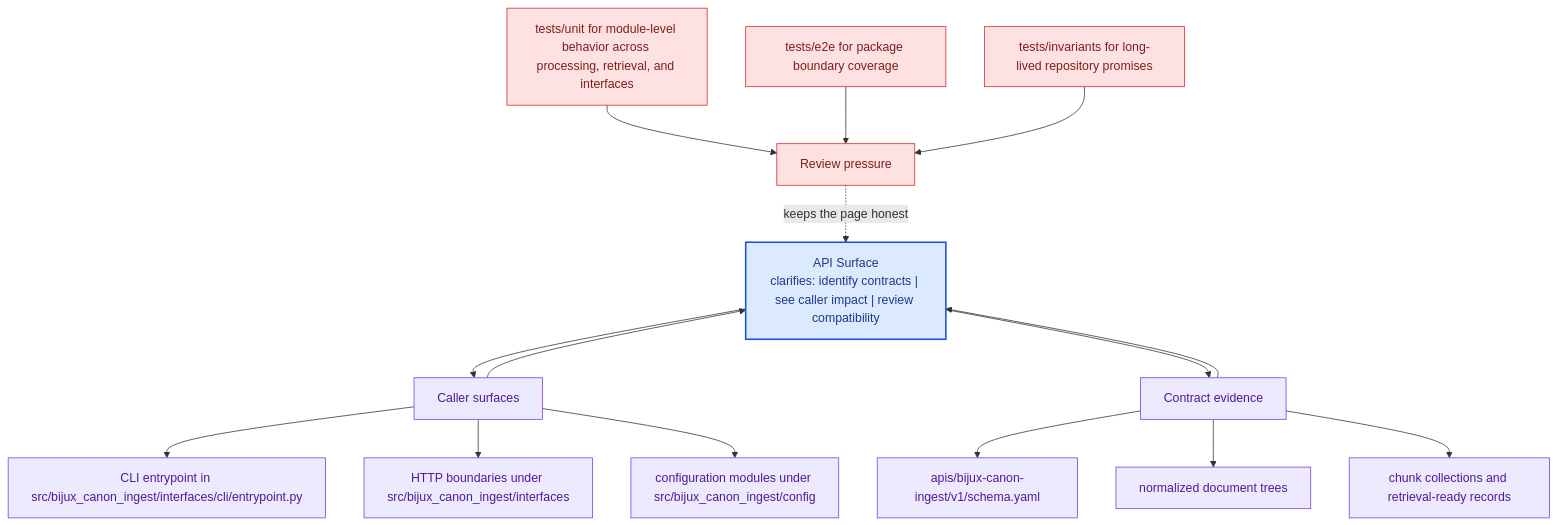
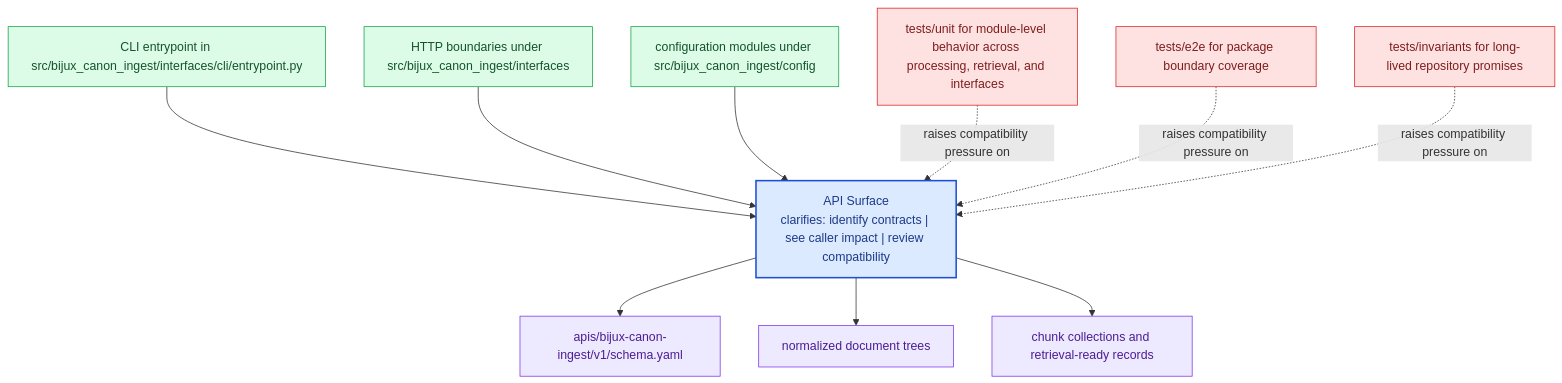
The diagram in docs/bijux-canon-ingest/interfaces/api-surface.md (bijux/bijux-canon), drawn with Mermaid before and after one commit. The commit also changed other lines of this file and 281 other files, not shown here.

Commit message:
docs(diagrams): replace repeated mermaid scaffolds with page-specific summaries

````diff
--- a/docs/bijux-canon-ingest/interfaces/api-surface.md
+++ b/docs/bijux-canon-ingest/interfaces/api-surface.md
@@ -68,41 +23,31 @@
 ```mermaid
 flowchart TB
-    promise["API Surface<br/>clarifies: identify contracts | see caller impact | review compatibility"]
-    classDef promise fill:#dbeafe,stroke:#1d4ed8,color:#1e3a8a,stroke-width:2px;
-    classDef driver fill:#dcfce7,stroke:#16a34a,color:#14532d;
-    classDef constraint fill:#fee2e2,stroke:#dc2626,color:#7f1d1d;
-    classDef ground fill:#ede9fe,stroke:#7c3aed,color:#4c1d95;
-    focus1["Caller surfaces"]
-    focus1 --> promise
-    promise --> focus1
-    focus1_1["CLI entrypoint in src/bijux_canon_ingest/interfaces/cli/entrypoint.py"]
-    focus1 --> focus1_1
-    focus1_2["HTTP boundaries under src/bijux_canon_ingest/interfaces"]
-    focus1 --> focus1_2
-    focus1_3["configuration modules under src/bijux_canon_ingest/config"]
-    focus1 --> focus1_3
-    class focus1 ground;
-    class focus1_1,focus1_2,focus1_3 ground;
-    focus2["Contract evidence"]
-    focus2 --> promise
-    promise --> focus2
-    focus2_1["apis/bijux-canon-ingest/v1/schema.yaml"]
-    focus2 --> focus2_1
-    focus2_2["normalized document trees"]
-    focus2 --> focus2_2
-    focus2_3["chunk collections and retrieval-ready records"]
-    focus2 --> focus2_3
-    class focus2 ground;
-    class focus2_1,focus2_2,focus2_3 ground;
-    focus3["Review pressure"]
-    focus3 -.keeps the page honest.-> promise
-    focus3_1["tests/unit for module-level behavior across processing, retrieval, and interfaces"]
-    focus3_1 --> focus3
-    focus3_2["tests/e2e for package boundary coverage"]
-    focus3_2 --> focus3
-    focus3_3["tests/invariants for long-lived repository promises"]
-    focus3_3 --> focus3
-    class focus3 constraint;
-    class focus3_1,focus3_2,focus3_3 constraint;
-    class promise promise;
+    page["API Surface<br/>clarifies: identify contracts | see caller impact | review compatibility"]
+    classDef page fill:#dbeafe,stroke:#1d4ed8,color:#1e3a8a,stroke-width:2px;
+    classDef positive fill:#dcfce7,stroke:#16a34a,color:#14532d;
+    classDef caution fill:#fee2e2,stroke:#dc2626,color:#7f1d1d;
+    classDef anchor fill:#ede9fe,stroke:#7c3aed,color:#4c1d95;
+    classDef action fill:#fef3c7,stroke:#d97706,color:#7c2d12;
+    surface1["CLI entrypoint in src/bijux_canon_ingest/interfaces/cli/entrypoint.py"]
+    surface1 --> page
+    surface2["HTTP boundaries under src/bijux_canon_ingest/interfaces"]
+    surface2 --> page
+    surface3["configuration modules under src/bijux_canon_ingest/config"]
+    surface3 --> page
+    proof1["apis/bijux-canon-ingest/v1/schema.yaml"]
+    page --> proof1
+    proof2["normalized document trees"]
+    page --> proof2
+    proof3["chunk collections and retrieval-ready records"]
+    page --> proof3
+    review1["tests/unit for module-level behavior across processing, retrieval, and interfaces"]
+    review1 -.raises compatibility pressure on.-> page
+    review2["tests/e2e for package boundary coverage"]
+    review2 -.raises compatibility pressure on.-> page
+    review3["tests/invariants for long-lived repository promises"]
+    review3 -.raises compatibility pressure on.-> page
+    class page page;
+    class surface1,surface2,surface3 positive;
+    class proof1,proof2,proof3 anchor;
+    class review1,review2,review3 caution;
 ```
````
